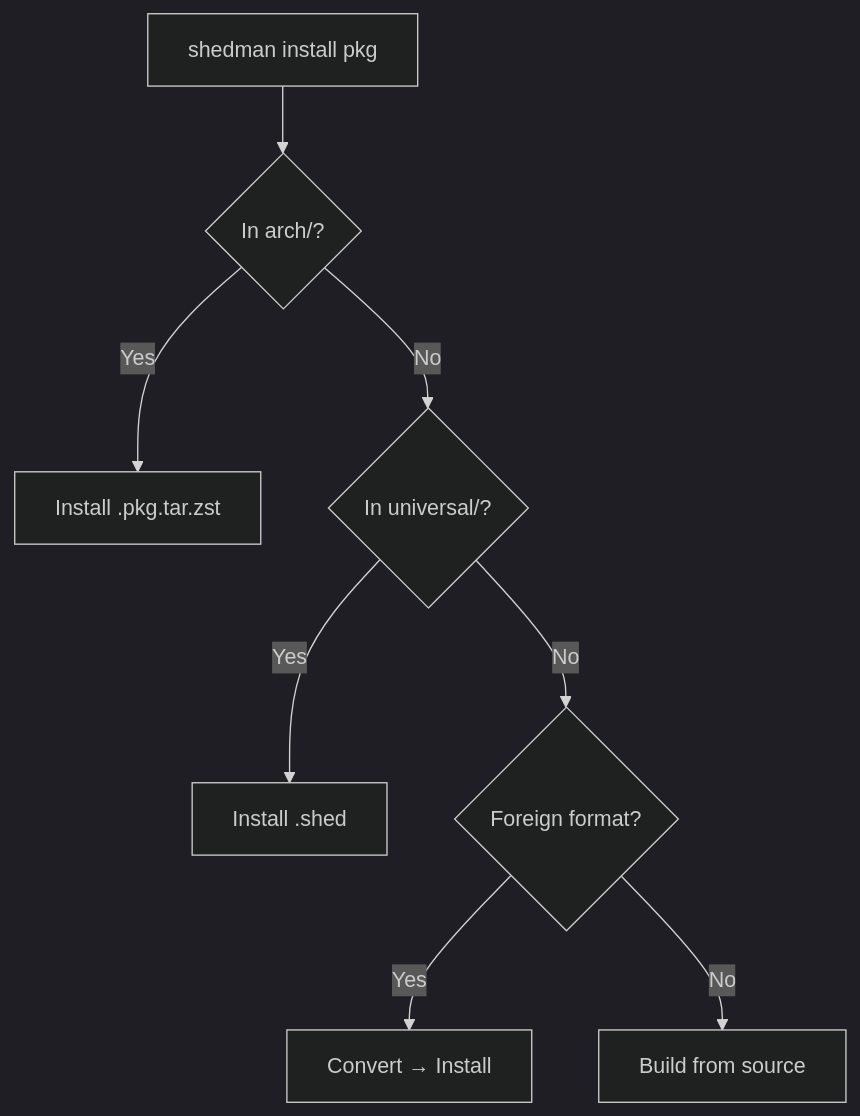
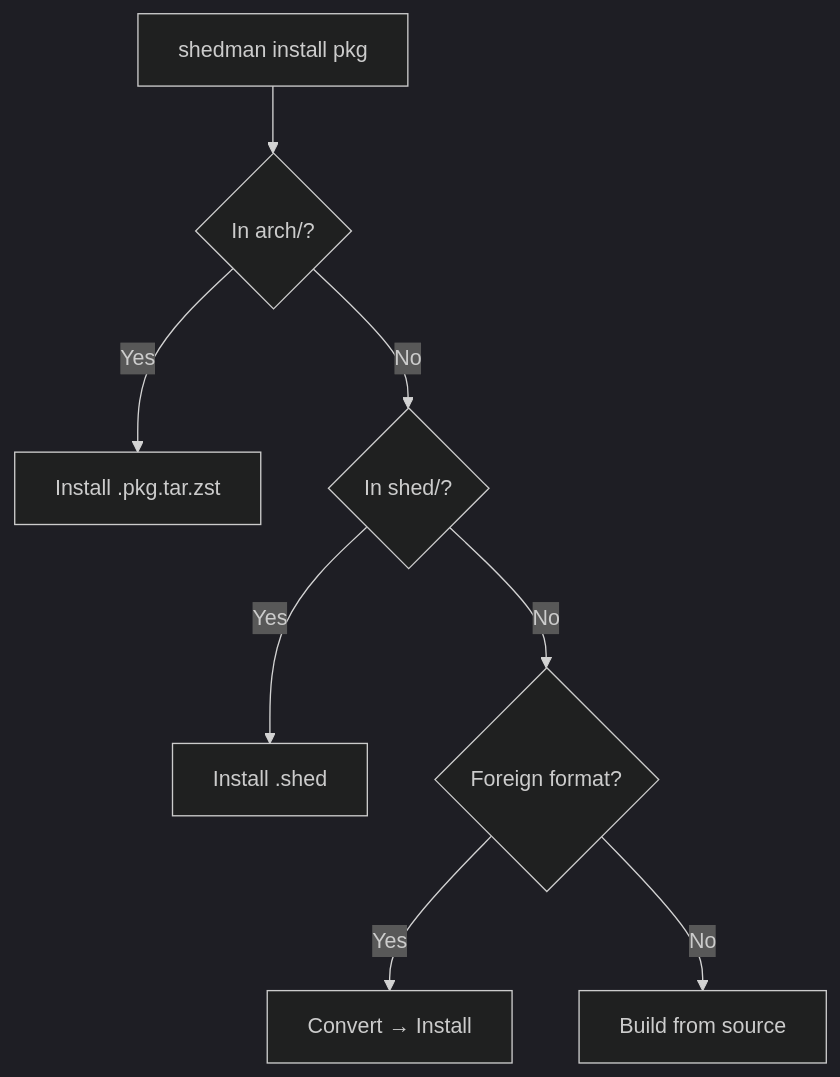
Before and after one commit to Theshedman/shedman: the second of 14 diagrams in docs/README.md, drawn with Mermaid (dark theme). The commit also changed other lines of this file, not shown here.

Commit message:
feat: update documentation paths from `universal/` to `shed/`

````diff
--- a/docs/README.md
+++ b/docs/README.md
@@ -95,10 +95,10 @@
 ```mermaid
 graph TD
     A["shedman install pkg"] --> B{"In arch/?"}
     B -->|Yes| C["Install .pkg.tar.zst"]
-    B -->|No| D{"In universal/?"}
+    B -->|No| D{"In shed/?"}
     D -->|Yes| E["Install .shed"]
     D -->|No| F{"Foreign format?"}
     F -->|Yes| G["Convert → Install"]
     F -->|No| H["Build from source"]
 ```
````
